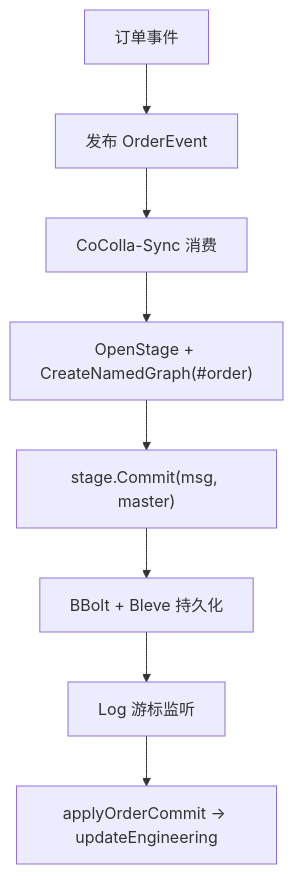
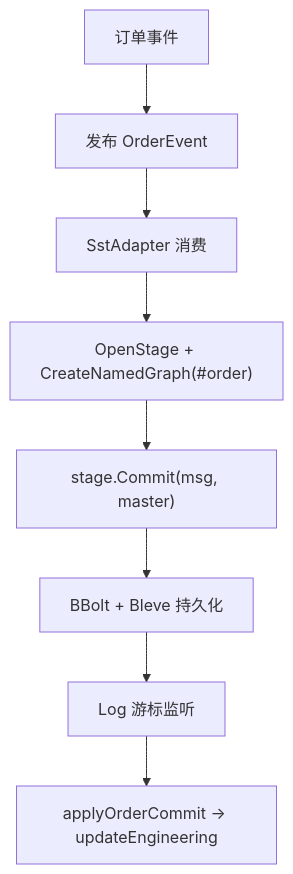
Before and after one commit to lyuliuyan/sst-core: the sixth of 8 diagrams in .qoder/repowiki/zh/content/部署指南/CircuitCAM与CoCollaWorking集成方案.md, drawn with Mermaid. The commit also changed other lines of this file and 1 other file, not shown here.

````diff
--- a/.qoder/repowiki/zh/content/部署指南/CircuitCAM与CoCollaWorking集成方案.md
+++ b/.qoder/repowiki/zh/content/部署指南/CircuitCAM与CoCollaWorking集成方案.md
@@ -205,10 +212,10 @@
 ```mermaid
 flowchart TD
 Event["订单事件"] --> Publish["发布 OrderEvent"]
-Publish --> Adapter["CoColla-Sync 消费"]
+Publish --> Adapter["SstAdapter 消费"]
 Adapter --> Stage["OpenStage + CreateNamedGraph(#order)"]
 Stage --> Commit["stage.Commit(msg, master)"]
 Commit --> Store["BBolt + Bleve 持久化"]
 Store --> Watch["Log 游标监听"]
 Watch --> Apply["applyOrderCommit → updateEngineering"]
 ```
````
